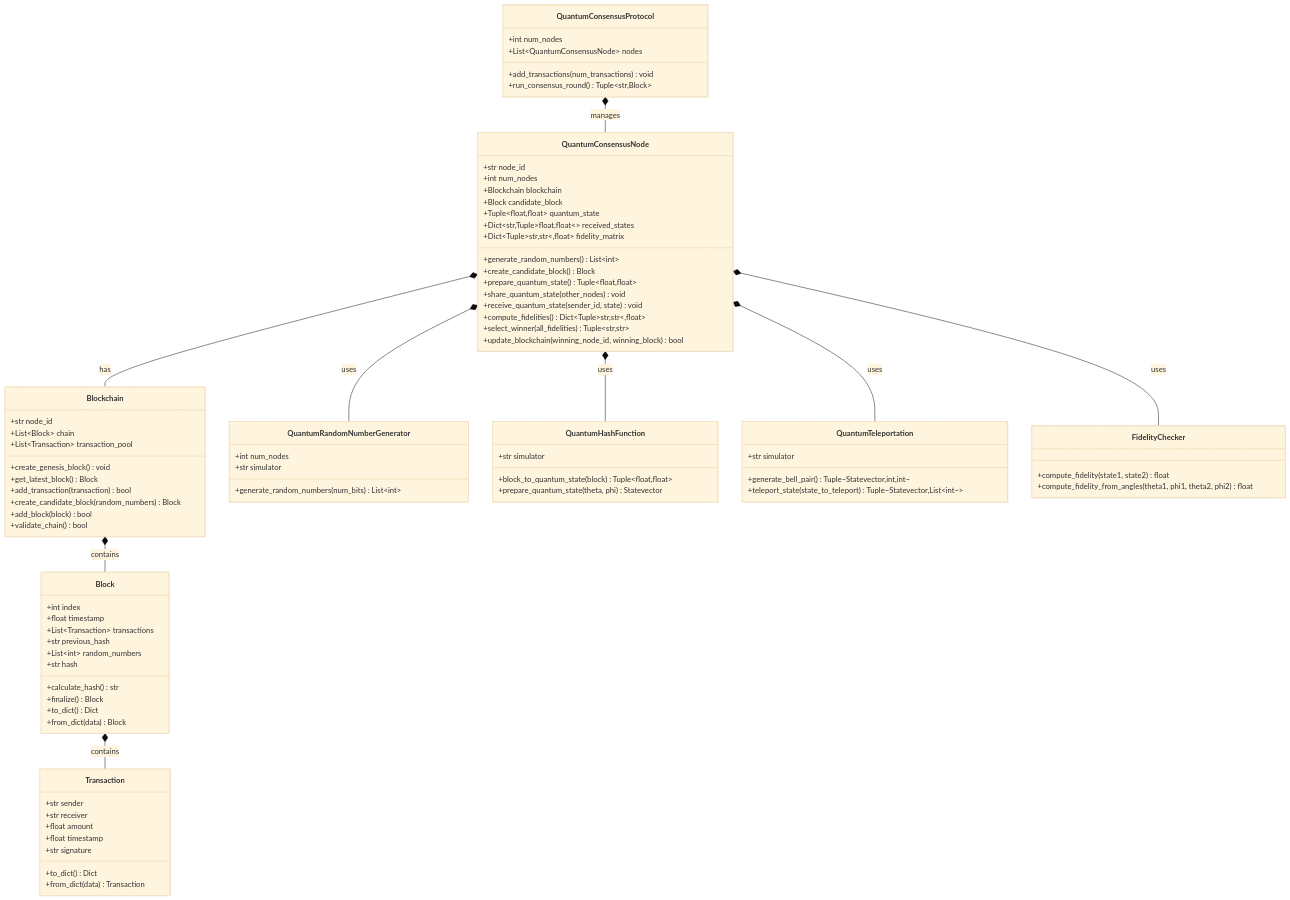
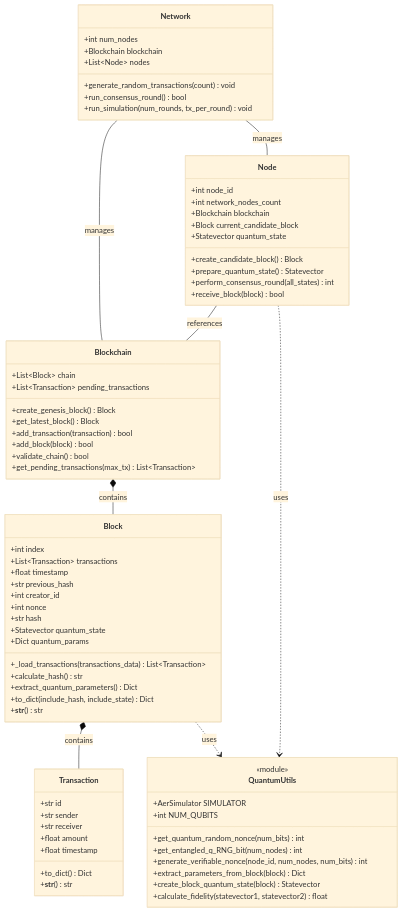
The diagram in UML/quantumchain.mmd (aaronmcleancs/FidelityChain), drawn with Mermaid (base theme) before and after one commit. The commit also changed 9 other files, not shown here.

```diff
--- a/UML/quantumchain.mmd
+++ b/UML/quantumchain.mmd
@@ -1,92 +1,81 @@
 classDiagram
     class Transaction {
+        +str id
         +str sender
         +str receiver
         +float amount
         +float timestamp
-        +str signature
         +to_dict() Dict
-        +from_dict(data) Transaction
+        +__str__() str
     }
     
     class Block {
         +int index
+        +List~Transaction~ transactions
         +float timestamp
-        +List~Transaction~ transactions
         +str previous_hash
-        +List~int~ random_numbers
+        +int creator_id
+        +int nonce
         +str hash
+        +Statevector quantum_state
+        +Dict quantum_params
+        +_load_transactions(transactions_data) List~Transaction~
         +calculate_hash() str
-        +finalize() Block
-        +to_dict() Dict
-        +from_dict(data) Block
+        +extract_quantum_parameters() Dict
+        +to_dict(include_hash, include_state) Dict
+        +__str__() str
     }
     
     class Blockchain {
-        +str node_id
         +List~Block~ chain
-        +List~Transaction~ transaction_pool
-        +create_genesis_block() void
+        +List~Transaction~ pending_transactions
+        +create_genesis_block() Block
         +get_latest_block() Block
         +add_transaction(transaction) bool
-        +create_candidate_block(random_numbers) Block
         +add_block(block) bool
         +validate_chain() bool
+        +get_pending_transactions(max_tx) List~Transaction~
     }
     
-    class QuantumRandomNumberGenerator {
-        +int num_nodes
-        +str simulator
-        +generate_random_numbers(num_bits) List~int~
+    class Node {
+        +int node_id
+        +int network_nodes_count
+        +Blockchain blockchain
+        +Block current_candidate_block
+        +Statevector quantum_state
+        +create_candidate_block() Block
+        +prepare_quantum_state() Statevector
+        +perform_consensus_round(all_states) int
+        +receive_block(block) bool
     }
     
-    class QuantumHashFunction {
-        +str simulator
-        +block_to_quantum_state(block) Tuple~float,float~
-        +prepare_quantum_state(theta, phi) Statevector
+    class Network {
+        +int num_nodes
+        +Blockchain blockchain
+        +List~Node~ nodes
+        +generate_random_transactions(count) void
+        +run_consensus_round() bool
+        +run_simulation(num_rounds, tx_per_round) void
     }
     
-    class QuantumTeleportation {
-        +str simulator
-        +generate_bell_pair() Tuple~Statevector,int,int~
-        +teleport_state(state_to_teleport) Tuple~Statevector,List~int~~
+    %% Quantum Utilities
+    class QuantumUtils {
+        <<module>>
+        +AerSimulator SIMULATOR
+        +int NUM_QUBITS
+        +get_quantum_random_nonce(num_bits) int
+        +get_entangled_q_RNG_bit(num_nodes) int
+        +generate_verifiable_nonce(node_id, num_nodes, num_bits) int
+        +extract_parameters_from_block(block) Dict
+        +create_block_quantum_state(block) Statevector
+        +calculate_fidelity(statevector1, statevector2) float
     }
     
-    class FidelityChecker {
-        +compute_fidelity(state1, state2) float
-        +compute_fidelity_from_angles(theta1, phi1, theta2, phi2) float
-    }
-    
-    class QuantumConsensusNode {
-        +str node_id
-        +int num_nodes
-        +Blockchain blockchain
-        +Block candidate_block
-        +Tuple~float,float~ quantum_state
-        +Dict~str,Tuple~float,float~~ received_states
-        +Dict~Tuple~str,str~,float~ fidelity_matrix
-        +generate_random_numbers() List~int~
-        +create_candidate_block() Block
-        +prepare_quantum_state() Tuple~float,float~
-        +share_quantum_state(other_nodes) void
-        +receive_quantum_state(sender_id, state) void
-        +compute_fidelities() Dict~Tuple~str,str~,float~
-        +select_winner(all_fidelities) Tuple~str,str~
-        +update_blockchain(winning_node_id, winning_block) bool
-    }
-    
-    class QuantumConsensusProtocol {
-        +int num_nodes
-        +List~QuantumConsensusNode~ nodes
-        +add_transactions(num_transactions) void
-        +run_consensus_round() Tuple~str,Block~
-    }
-    
+    %% Relationships
     Blockchain *-- Block : contains
     Block *-- Transaction : contains
-    QuantumConsensusNode *-- Blockchain : has
-    QuantumConsensusNode *-- QuantumRandomNumberGenerator : uses
-    QuantumConsensusNode *-- QuantumHashFunction : uses
-    QuantumConsensusNode *-- QuantumTeleportation : uses
-    QuantumConsensusNode *-- FidelityChecker : uses
-    QuantumConsensusProtocol *-- QuantumConsensusNode : manages
+    Node -- Blockchain : references
+    Network -- Node : manages
+    Network -- Blockchain : manages
+    Node ..> QuantumUtils : uses
+    Block ..> QuantumUtils : uses
```
